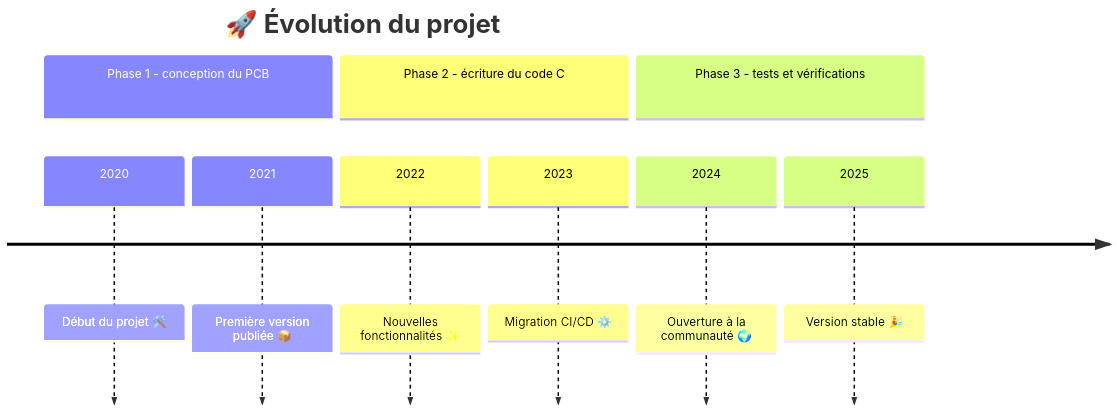
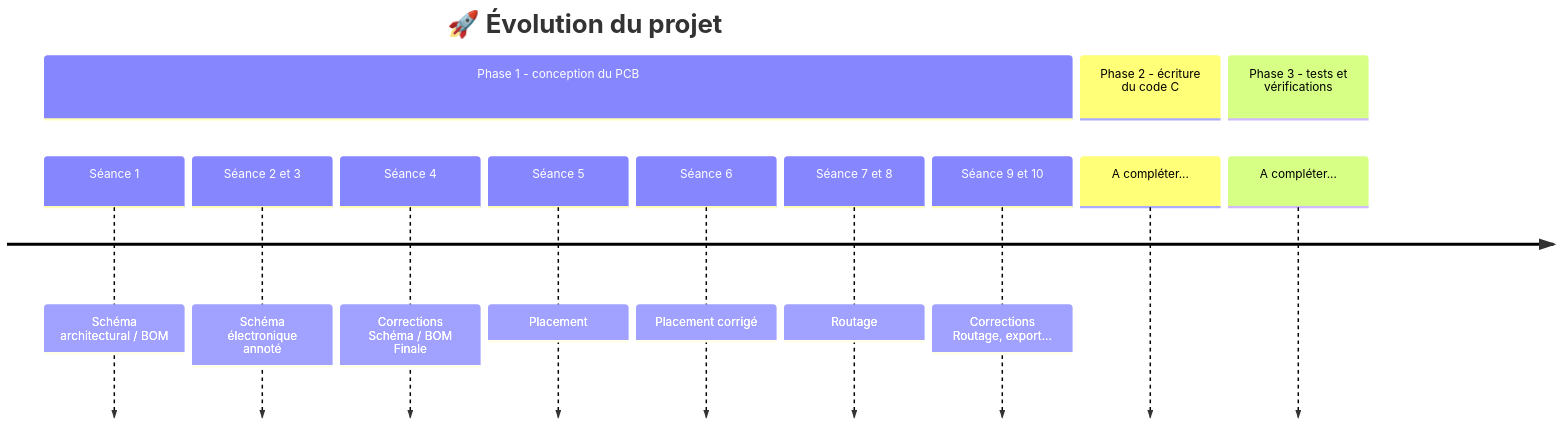
The diagram in README.md (HugouShare/ENSEA_3A_PROJET_ChaSouRo), drawn with Mermaid before and after one commit. The commit also changed other lines of this file, not shown here.

````diff
--- a/README.md
+++ b/README.md
@@ -53,22 +53,25 @@
 ```mermaid
 %%{init: {"theme":"default", "themeVariables": {
   "primaryColor": "#4F46E5",
   "primaryTextColor": "#ffffff",
   "primaryBorderColor": "#312E81",
   "lineColor": "#6366F1",
   "secondaryColor": "#E0E7FF",
   "tertiaryColor": "#A5B4FC"
 }}}%%
 
 timeline
     title 🚀 Évolution du projet
     section Phase 1 - conception du PCB
-      2020 : Début du projet 🛠️
-      2021 : Première version publiée 📦
+      Séance 1 : Schéma architectural / BOM
+      Séance 2 et 3 : Schéma électronique annoté
+      Séance 4 : Corrections Schéma / BOM Finale
+      Séance 5 : Placement
+      Séance 6 : Placement corrigé
+      Séance 7 et 8 : Routage
+      Séance 9 et 10 : Corrections Routage, export...
     section Phase 2 - écriture du code C
-      2022 : Nouvelles fonctionnalités ✨
-      2023 : Migration CI/CD ⚙️
+      A compléter...
     section Phase 3 - tests et vérifications
-      2024 : Ouverture à la communauté 🌍
-      2025 : Version stable 🎉
+      A compléter...
 ```
````
